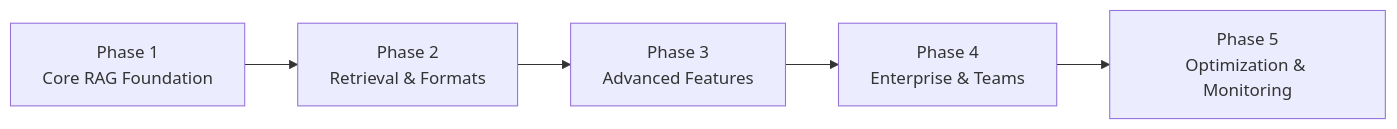
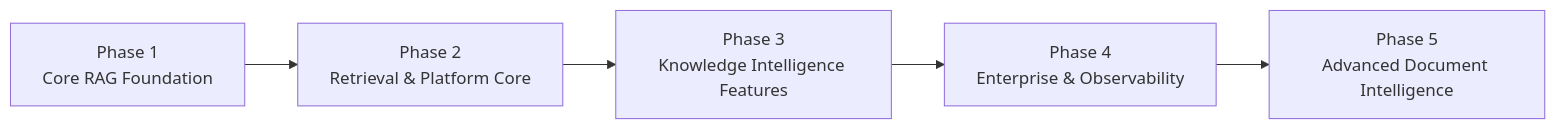
Before and after one commit to balajiVada/DocuMind-AI: the first of 3 diagrams in Docs/phase-wise-plan.md, drawn with Mermaid. The commit also changed other lines of this file and 60 other files, not shown here.

First line of the commit message:
feat: complete Phase 2 architecture, authentication, and dynamic RAG

````diff
--- a/Docs/phase-wise-plan.md
+++ b/Docs/phase-wise-plan.md
@@ -9,4 +9,4 @@
 ```mermaid
 flowchart LR
-    P1[Phase 1\nCore RAG Foundation] --> P2[Phase 2\nRetrieval & Formats] --> P3[Phase 3\nAdvanced Features] --> P4[Phase 4\nEnterprise & Teams] --> P5[Phase 5\nOptimization & Monitoring]
+    P1[Phase 1\nCore RAG Foundation] --> P2[Phase 2\nRetrieval & Platform Core] --> P3[Phase 3\nKnowledge Intelligence Features] --> P4[Phase 4\nEnterprise & Observability] --> P5[Phase 5\nAdvanced Document Intelligence]
 ```
````
